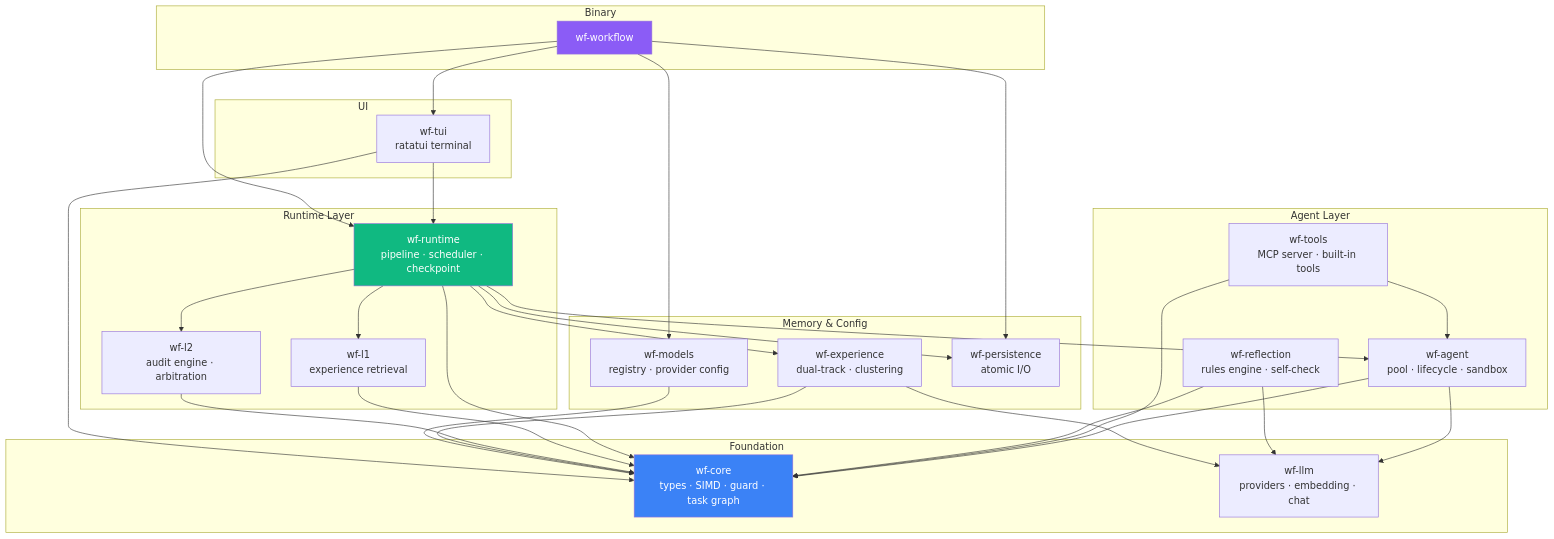
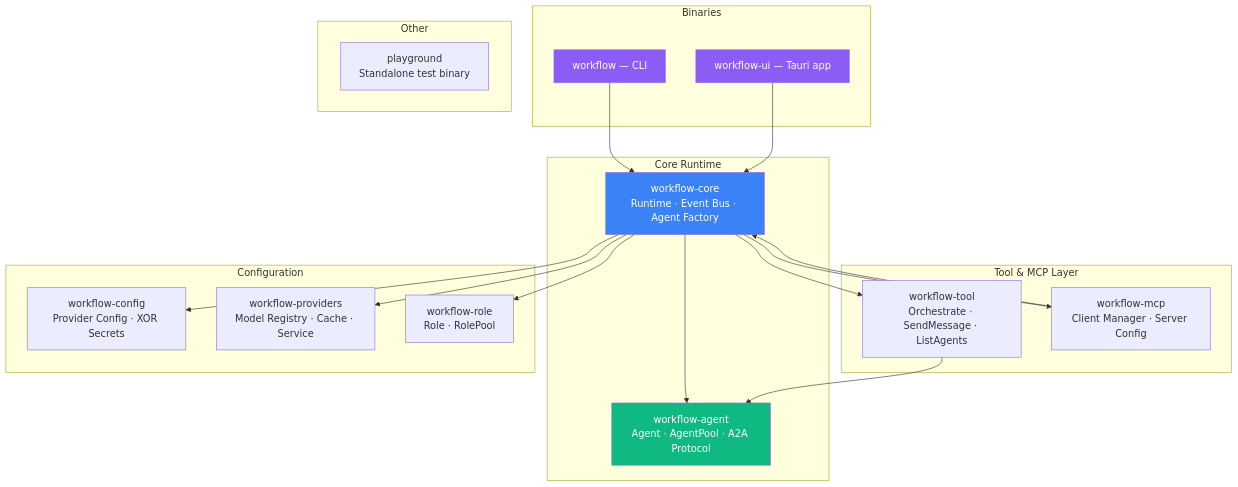
One commit to Yoimiya-Naganohara/workflow changed the fourth of 4 diagrams in README.md. Above: the diagram before and after it, drawn with Mermaid. The commit also changed other lines of this file and 3 other files, not shown here.

First line of the commit message:
docs: update README to reflect current architecture and crate map

````diff
--- a/README.md
+++ b/README.md
@@ -160,65 +174,45 @@
 ```mermaid
 flowchart TB
-    subgraph Binary[Binary]
-        WF[wf-workflow]
+    subgraph Binary[Binaries]
+        WF[workflow — CLI]
+        WFUI[workflow-ui — Tauri app]
     end
 
-    subgraph Core[Foundation]
-        CORE[wf-core<br/>types · SIMD · guard · task graph]
-        LLM[wf-llm<br/>providers · embedding · chat]
+    subgraph Core[Core Runtime]
+        CORE[workflow-core<br/>Runtime · Event Bus · Agent Factory]
+        AGENT[workflow-agent<br/>Agent · AgentPool · A2A Protocol]
     end
 
-    subgraph Agent[Agent Layer]
-        AGENT[wf-agent<br/>pool · lifecycle · sandbox]
-        TOOLS[wf-tools<br/>MCP server · built-in tools]
-        REFLECT[wf-reflection<br/>rules engine · self-check]
+    subgraph Tools[Tool & MCP Layer]
+        TOOL[workflow-tool<br/>Orchestrate · SendMessage · ListAgents]
+        MCP[workflow-mcp<br/>Client Manager · Server Config]
     end
 
-    subgraph Runtime[Runtime Layer]
-        RUNTIME[wf-runtime<br/>pipeline · scheduler · checkpoint]
-        L1[wf-l1<br/>experience retrieval]
-        L2[wf-l2<br/>audit engine · arbitration]
+    subgraph Config[Configuration]
+        CONFIG[workflow-config<br/>Provider Config · XOR Secrets]
+        PROVIDERS[workflow-providers<br/>Model Registry · Cache · Service]
+        ROLE[workflow-role<br/>Role · RolePool]
     end
 
-    subgraph Memory[Memory & Config]
-        EXP[wf-experience<br/>dual-track · clustering]
-        MODELS[wf-models<br/>registry · provider config]
-        PERSIST[wf-persistence<br/>atomic I/O]
+    subgraph Other[Other]
+        PLAY[playground<br/>Standalone test binary]
     end
 
-    subgraph UI[UI]
-        TUI[wf-tui<br/>ratatui terminal]
-    end
+    CORE --> AGENT
+    CORE --> TOOL
+    CORE --> MCP
+    CORE --> CONFIG
+    CORE --> PROVIDERS
+    CORE --> ROLE
 
-    AGENT --> CORE
-    AGENT --> LLM
-    TOOLS --> AGENT
-    TOOLS --> CORE
-    REFLECT --> CORE
-    REFLECT --> LLM
+    TOOL --> AGENT
+    MCP --> CORE
 
-    RUNTIME --> CORE
-    RUNTIME --> AGENT
-    RUNTIME --> L1
-    RUNTIME --> L2
-    RUNTIME --> EXP
-    RUNTIME --> PERSIST
-
-    L1 --> CORE
-    L2 --> CORE
-    EXP --> CORE
-    EXP --> LLM
-    MODELS --> CORE
-
-    TUI --> RUNTIME
-    TUI --> CORE
-
-    WF --> RUNTIME
-    WF --> TUI
-    WF --> MODELS
-    WF --> PERSIST
+    WF --> CORE
+    WFUI --> CORE
 
     style WF fill:#8B5CF6,color:#fff
+    style WFUI fill:#8B5CF6,color:#fff
     style CORE fill:#3B82F6,color:#fff
-    style RUNTIME fill:#10B981,color:#fff
+    style AGENT fill:#10B981,color:#fff
 ```
````
